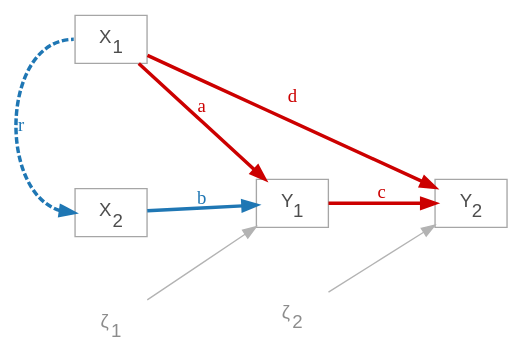
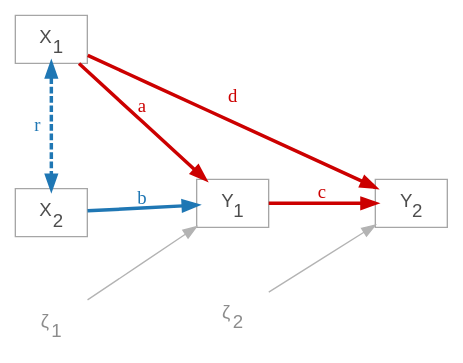
Diagram 18 of 34 in 5_Slides/Intro_to_SEM_part1.qmd (pennekampster/Swiss_SEM), drawn with Graphviz before and after one commit. The commit also changed other lines of this file and 3 other files, not shown here.

````diff
--- a/5_Slides/Intro_to_SEM_part1.qmd
+++ b/5_Slides/Intro_to_SEM_part1.qmd
@@ -1045,21 +1052,21 @@
 ```{dot}
 //| fig-width: 6.0
 //| fig-height: 2.6
 digraph {
   graph [rankdir = LR, fontsize = 14, ranksep = 1.0, nodesep = 0.65]
   node [shape = box, fontname = Helvetica, color = "gray65", fontcolor = "gray30"]
   X1 [label = <X<SUB>1</SUB>>]; X2 [label = <X<SUB>2</SUB>>]
   Y1 [label = <Y<SUB>1</SUB>>]; Y2 [label = <Y<SUB>2</SUB>>]
   node [shape = plaintext, color = "gray65", fontcolor = "gray55"]
   z1 [label = <&zeta;<SUB>1</SUB>>]; z2 [label = <&zeta;<SUB>2</SUB>>]
   edge [color = "gray70", fontcolor = "gray55"]
   X1 -> Y1 [label = "a", color = "#cc0000", penwidth = 2.6, fontcolor = "#cc0000"]
   Y1 -> Y2 [label = "c", color = "#cc0000", penwidth = 2.6, fontcolor = "#cc0000"]
   X1 -> Y2 [label = "d", color = "#cc0000", penwidth = 2.6, fontcolor = "#cc0000"]
-  X1:w -> X2:w [dir = both, constraint = false, label = "r", color = "#1f77b4", penwidth = 2.6, fontcolor = "#1f77b4", style = dashed]
+  X1 -> X2 [dir = both, constraint = false, label = "r", color = "#1f77b4", penwidth = 2.6, fontcolor = "#1f77b4", style = dashed]
   X2 -> Y1 [label = "b", color = "#1f77b4", penwidth = 2.6, fontcolor = "#1f77b4"]
   z1 -> Y1; z2 -> Y2
   {rank = min; X1; X2}
   {rank = max; Y2}
 }
 ```
````
